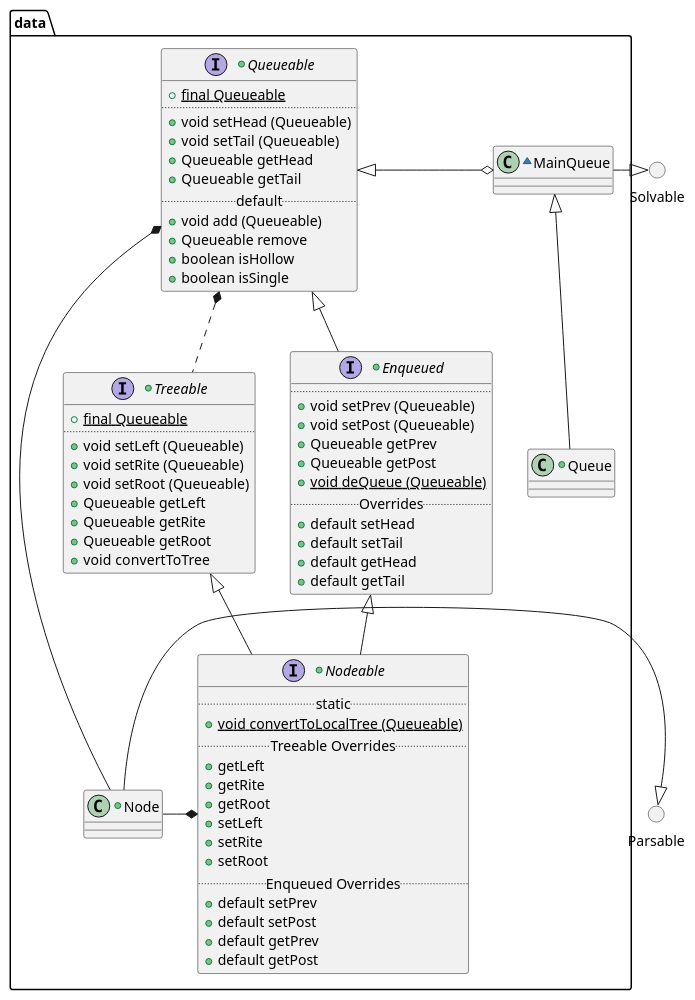
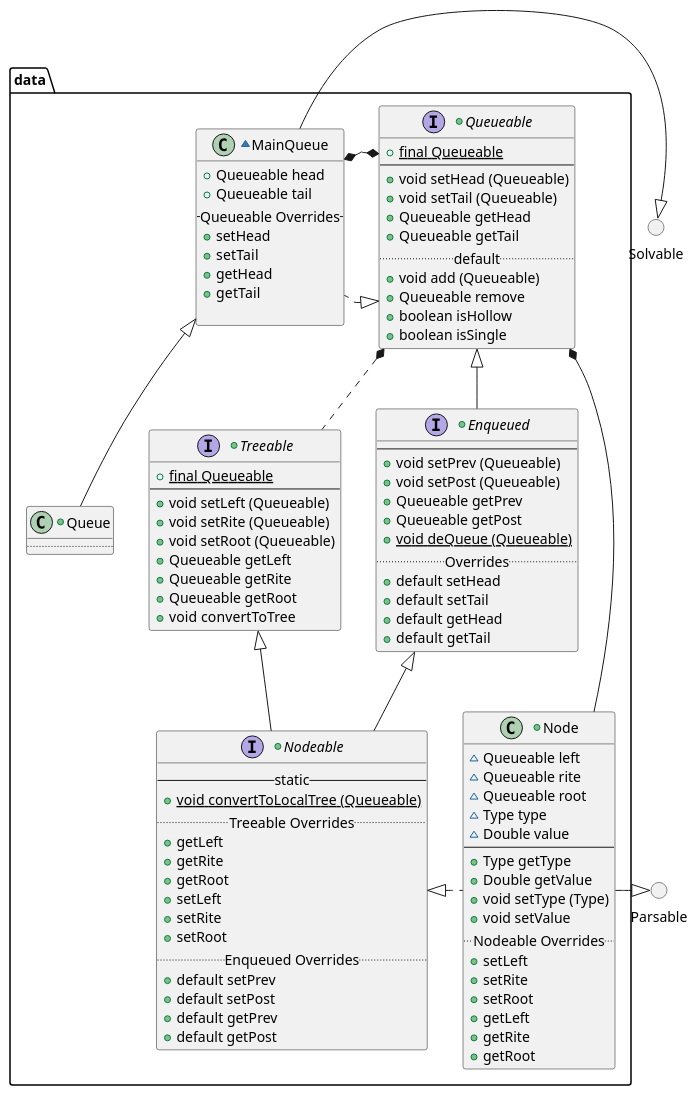
Before and after one commit to vitalispopoff/calculator: the diagram in src/docs/UML/data.puml, drawn with PlantUML. The commit also changed 12 other files, not shown here.

```diff
--- a/src/docs/UML/data.puml
+++ b/src/docs/UML/data.puml
@@ -1,88 +1,114 @@
 @startuml
 
     () Solvable
     () Parsable
 
 package data {
 
     +interface Queueable {
             +{field}{static}final Queueable
-        ..
+        --
             +{method} void setHead (Queueable)
             +{method} void setTail (Queueable)
             +{method} Queueable getHead
             +{method} Queueable getTail
         ..default..
             +{method} void add (Queueable)
             +{method} Queueable remove
             +{method} boolean isHollow
             +{method} boolean isSingle
     }
 
     +interface Treeable {
             +{field}{static} final Queueable
-        ..
+        --
             +{method} void setLeft (Queueable)
             +{method} void setRite (Queueable)
             +{method} void setRoot (Queueable)
             +{method} Queueable getLeft
             +{method} Queueable getRite
             +{method} Queueable getRoot
             +{method} void convertToTree
     }
 
     +interface Enqueued extends Queueable{
-        ..
+        --
             +{method} void setPrev (Queueable)
             +{method} void setPost (Queueable)
             +{method} Queueable getPrev
             +{method} Queueable getPost
             +{method}{static} void deQueue (Queueable)
         ..Overrides..
             +{method} default setHead
             +{method} default setTail
             +{method} default getHead
             +{method} default getTail
     }
 
     +interface Nodeable extends Enqueued {
-        ..static..
+        --static--
             +{method}{static} void convertToLocalTree (Queueable)
         .. Treeable Overrides..
             +{method} getLeft
             +{method} getRite
             +{method} getRoot
             +{method} setLeft
             +{method} setRite
             +{method} setRoot
         ..Enqueued Overrides..
             +{method} default setPrev
             +{method} default setPost
             +{method} default getPrev
             +{method} default getPost
     }
 
-    ~class MainQueue {
+    ~class MainQueue implements Queueable{
+            +{field} Queueable head
+            +{field} Queueable tail
+        -- Queueable Overrides--
+            +{method} setHead
+            +{method} setTail
+            +{method} getHead
+            +{method} getTail
+
     }
 
     +class Queue {
+        ..
     }
 
     +class Node {
+            ~{field} Queueable left
+            ~{field} Queueable rite
+            ~{field} Queueable root
+            ~{field} Type type
+            ~{field} Double value
+        --
+            +{method} Type getType
+            +{method} Double getValue
+            +{method} void setType (Type)
+            +{method} void setValue
+        ..Nodeable Overrides..
+            +{method} setLeft
+            +{method} setRite
+            +{method} setRoot
+            +{method} getLeft
+            +{method} getRite
+            +{method} getRoot
     }
 }
 
         Queueable   *.down.     Treeable
         Treeable    <|--        Nodeable
 
-        Queueable   <|-o   MainQueue
-        Node        -right-*    Nodeable
+        Queueable   *-left-*        MainQueue
+        Node        .left.|>    Nodeable
 
         MainQueue   <|--        Queue
         Queueable   *---        Node
 
-    MainQueue   -right-|>   Solvable
-    Node        -right-|>   Parsable
+        MainQueue   -right-|>   Solvable
+        Node        -right-|>   Parsable
 
 
 @enduml
```
